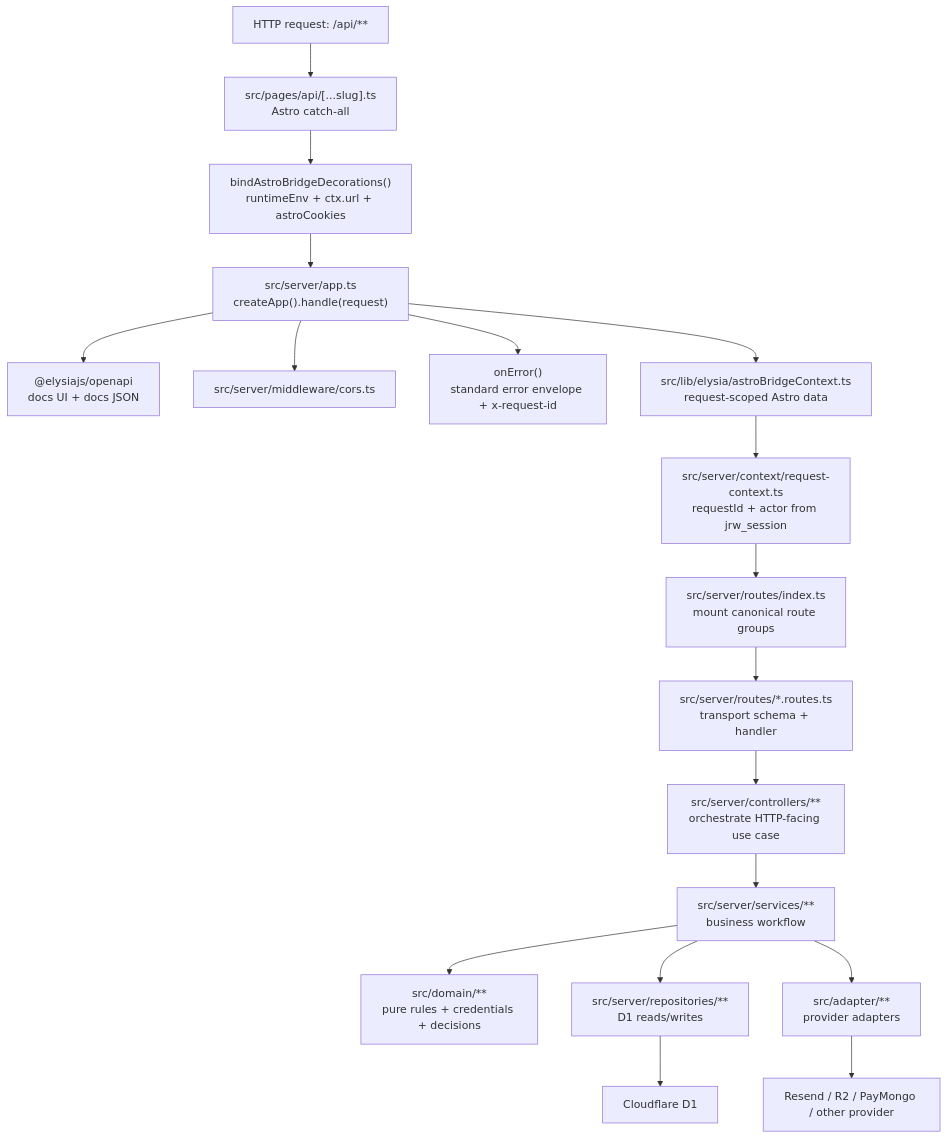
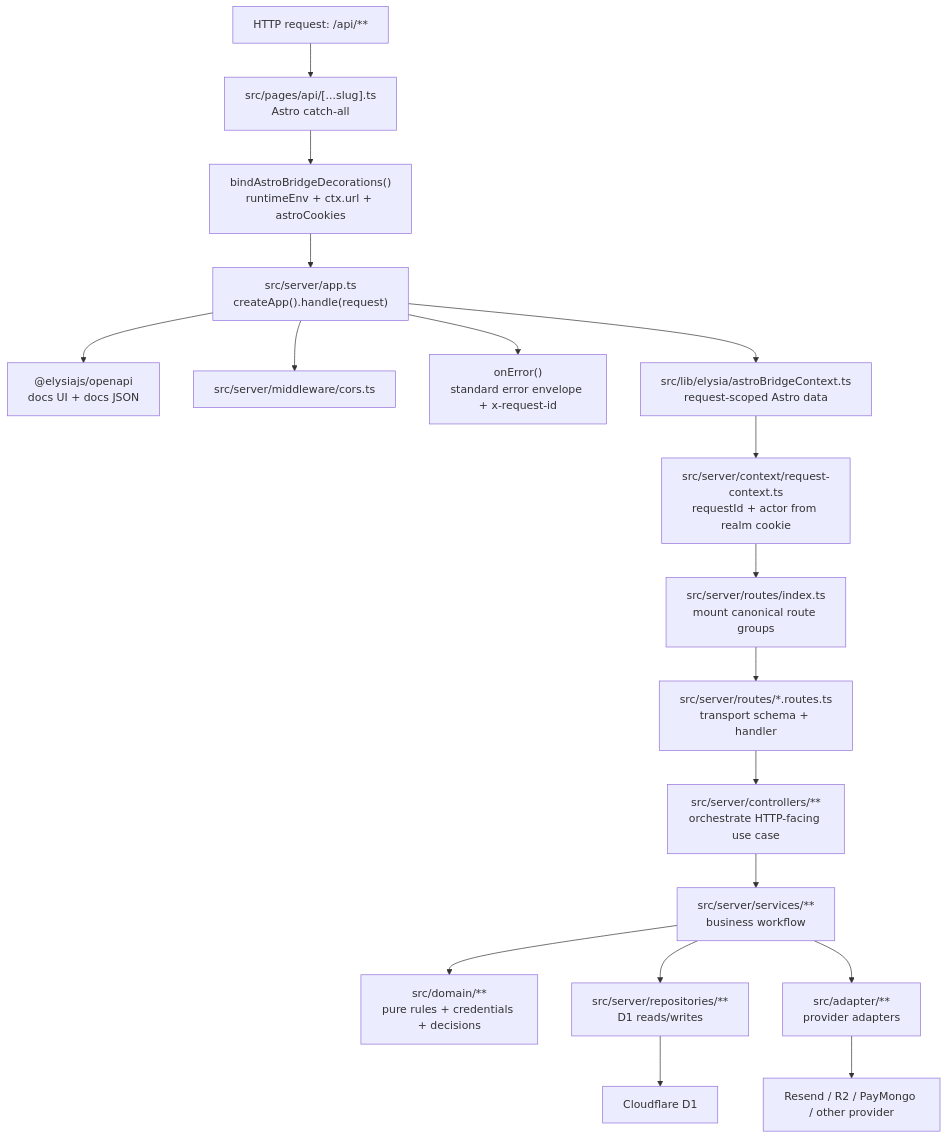
One commit to JeroTan/jrw-webapp changed the first of 21 diagrams in docs/api-file-flow.md. Above: the diagram before and after it, drawn with Mermaid. The commit also changed other lines of this file and 37 other files, not shown here.

````diff
--- a/docs/api-file-flow.md
+++ b/docs/api-file-flow.md
@@ -5,20 +5,20 @@
 ```mermaid
 flowchart TD
   A["HTTP request: /api/**"] --> B["src/pages/api/[...slug].ts<br/>Astro catch-all"]
   B --> C["bindAstroBridgeDecorations()<br/>runtimeEnv + ctx.url + astroCookies"]
   C --> D["src/server/app.ts<br/>createApp().handle(request)"]
   D --> E["@elysiajs/openapi<br/>docs UI + docs JSON"]
   D --> F["src/server/middleware/cors.ts"]
   D --> G["onError()<br/>standard error envelope + x-request-id"]
   D --> H["src/lib/elysia/astroBridgeContext.ts<br/>request-scoped Astro data"]
-  H --> I["src/server/context/request-context.ts<br/>requestId + actor from jrw_session"]
+  H --> I["src/server/context/request-context.ts<br/>requestId + actor from realm cookie"]
   I --> J["src/server/routes/index.ts<br/>mount canonical route groups"]
   J --> K["src/server/routes/*.routes.ts<br/>transport schema + handler"]
   K --> L["src/server/controllers/**<br/>orchestrate HTTP-facing use case"]
   L --> M["src/server/services/**<br/>business workflow"]
   M --> N["src/domain/**<br/>pure rules + credentials + decisions"]
   M --> O["src/server/repositories/**<br/>D1 reads/writes"]
   M --> P["src/adapter/**<br/>provider adapters"]
   O --> Q["Cloudflare D1"]
   P --> R["Resend / R2 / PayMongo / other provider"]
 ```
````
